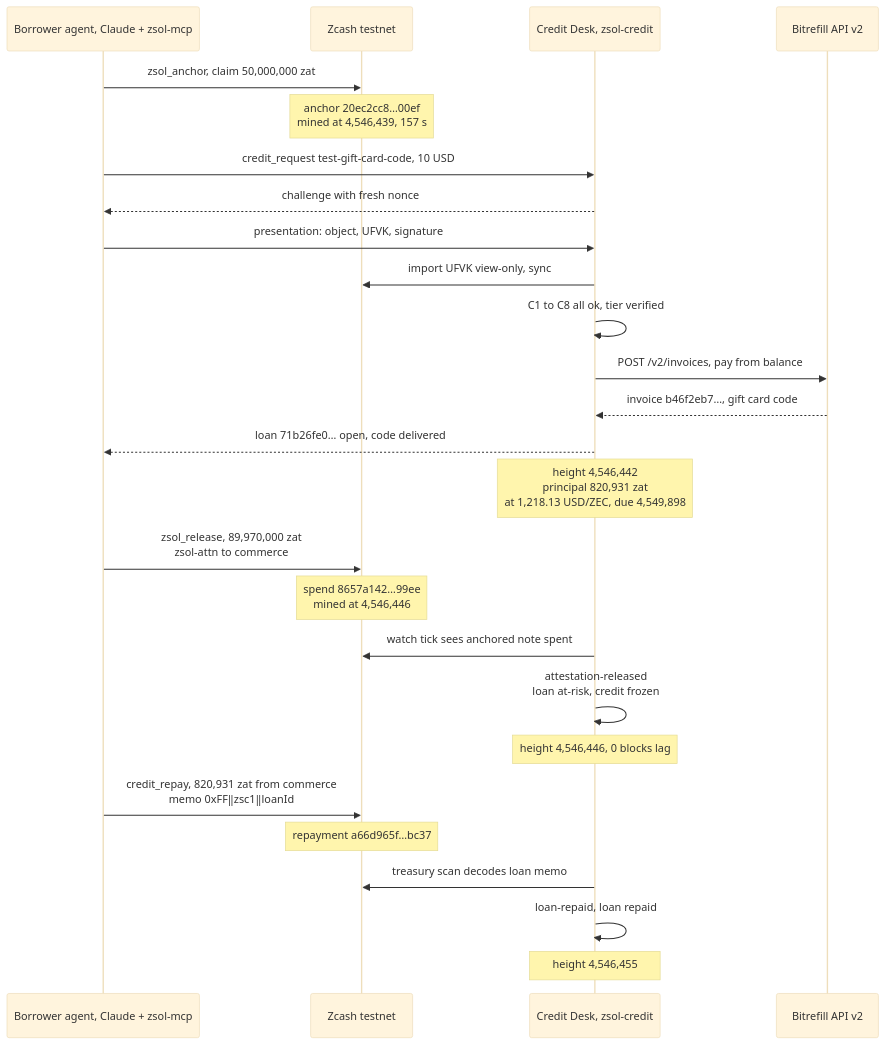
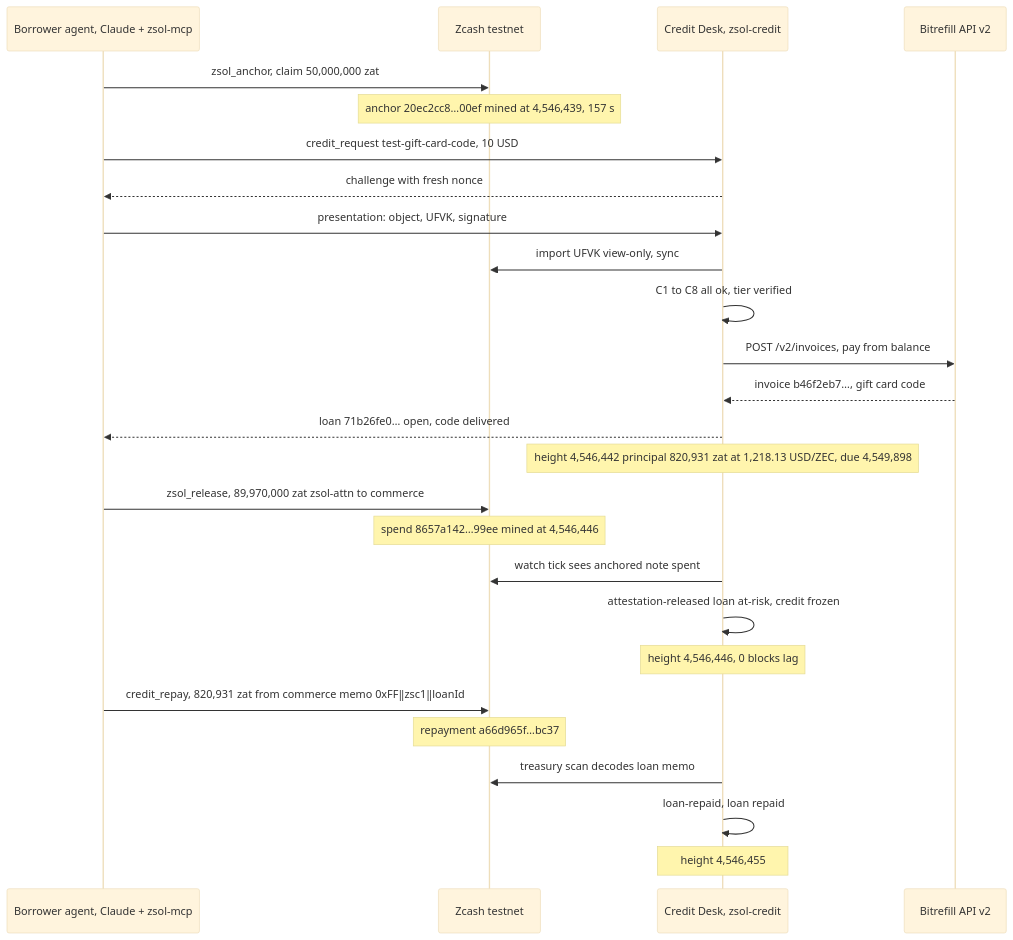
One commit to Srizdebnath/zsol changed the diagram in docs/diagrams/07-credit-loop.mmd. Above: the diagram before and after it, drawn with Mermaid (base theme). The commit also changed 17 other files, not shown here.

Commit message:
README: Excalidraw renders of all eight diagrams; drop <br/> from Mermaid sources (Excalidraw prints it literally)

```diff
--- a/docs/diagrams/07-credit-loop.mmd
+++ b/docs/diagrams/07-credit-loop.mmd
@@ -1,27 +1,27 @@
 sequenceDiagram
     participant A as Borrower agent, Claude + zsol-mcp
     participant Z as Zcash testnet
     participant D as Credit Desk, zsol-credit
     participant B as Bitrefill API v2
 
     A->>Z: zsol_anchor, claim 50,000,000 zat
-    Note over Z: anchor 20ec2cc8…00ef<br/>mined at 4,546,439, 157 s
+    Note over Z: anchor 20ec2cc8…00ef mined at 4,546,439, 157 s
     A->>D: credit_request test-gift-card-code, 10 USD
     D-->>A: challenge with fresh nonce
     A->>D: presentation: object, UFVK, signature
     D->>Z: import UFVK view-only, sync
     D->>D: C1 to C8 all ok, tier verified
     D->>B: POST /v2/invoices, pay from balance
     B-->>D: invoice b46f2eb7…, gift card code
     D-->>A: loan 71b26fe0… open, code delivered
-    Note over D: height 4,546,442<br/>principal 820,931 zat<br/>at 1,218.13 USD/ZEC, due 4,549,898
-    A->>Z: zsol_release, 89,970,000 zat<br/>zsol-attn to commerce
-    Note over Z: spend 8657a142…99ee<br/>mined at 4,546,446
+    Note over D: height 4,546,442 principal 820,931 zat at 1,218.13 USD/ZEC, due 4,549,898
+    A->>Z: zsol_release, 89,970,000 zat zsol-attn to commerce
+    Note over Z: spend 8657a142…99ee mined at 4,546,446
     D->>Z: watch tick sees anchored note spent
-    D->>D: attestation-released<br/>loan at-risk, credit frozen
+    D->>D: attestation-released loan at-risk, credit frozen
     Note over D: height 4,546,446, 0 blocks lag
-    A->>Z: credit_repay, 820,931 zat from commerce<br/>memo 0xFF‖zsc1‖loanId
+    A->>Z: credit_repay, 820,931 zat from commerce memo 0xFF‖zsc1‖loanId
     Note over Z: repayment a66d965f…bc37
     D->>Z: treasury scan decodes loan memo
     D->>D: loan-repaid, loan repaid
     Note over D: height 4,546,455
```
